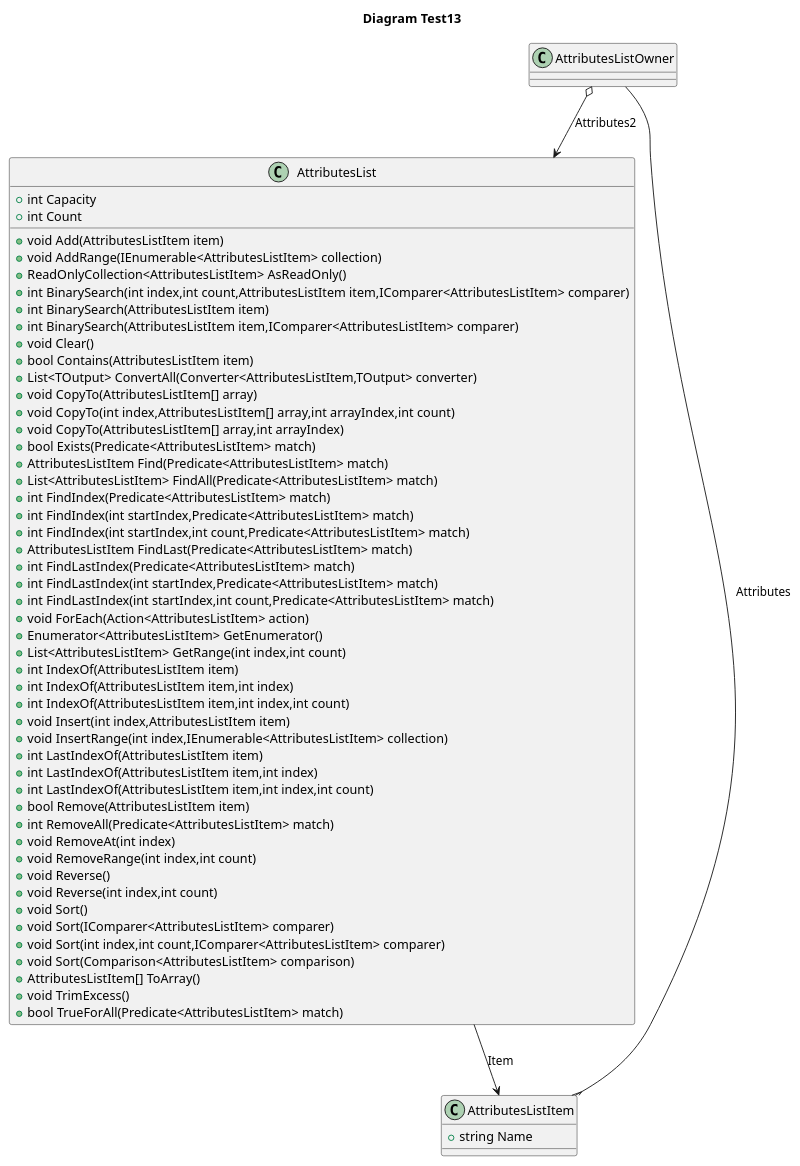
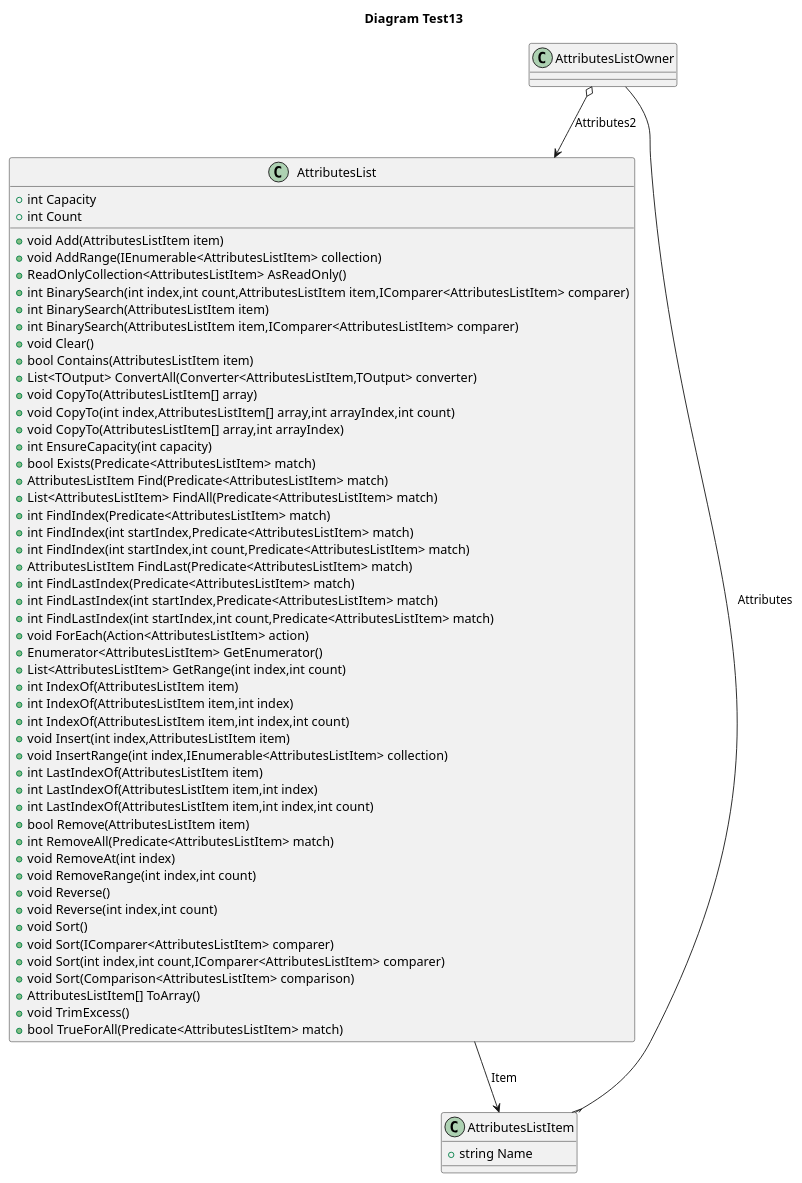
Before and after one commit to isukces/AutoUml: the diagram in docs/testsResults/T13_Should_do_not_convert_collections.puml, drawn with PlantUML. The commit also changed 6 other files, not shown here.

```diff
--- a/docs/testsResults/T13_Should_do_not_convert_collections.puml
+++ b/docs/testsResults/T13_Should_do_not_convert_collections.puml
@@ -1,68 +1,69 @@
 @startuml
 title
  Diagram Test13
 end title
 
 class AttributesListOwner
 {
 }
 class AttributesList
 {
     +int Capacity
     +int Count
     +void Add(AttributesListItem item)
     +void AddRange(IEnumerable<AttributesListItem> collection)
     +ReadOnlyCollection<AttributesListItem> AsReadOnly()
     +int BinarySearch(int index,int count,AttributesListItem item,IComparer<AttributesListItem> comparer)
     +int BinarySearch(AttributesListItem item)
     +int BinarySearch(AttributesListItem item,IComparer<AttributesListItem> comparer)
     +void Clear()
     +bool Contains(AttributesListItem item)
     +List<TOutput> ConvertAll(Converter<AttributesListItem,TOutput> converter)
     +void CopyTo(AttributesListItem[] array)
     +void CopyTo(int index,AttributesListItem[] array,int arrayIndex,int count)
     +void CopyTo(AttributesListItem[] array,int arrayIndex)
+    +int EnsureCapacity(int capacity)
     +bool Exists(Predicate<AttributesListItem> match)
     +AttributesListItem Find(Predicate<AttributesListItem> match)
     +List<AttributesListItem> FindAll(Predicate<AttributesListItem> match)
     +int FindIndex(Predicate<AttributesListItem> match)
     +int FindIndex(int startIndex,Predicate<AttributesListItem> match)
     +int FindIndex(int startIndex,int count,Predicate<AttributesListItem> match)
     +AttributesListItem FindLast(Predicate<AttributesListItem> match)
     +int FindLastIndex(Predicate<AttributesListItem> match)
     +int FindLastIndex(int startIndex,Predicate<AttributesListItem> match)
     +int FindLastIndex(int startIndex,int count,Predicate<AttributesListItem> match)
     +void ForEach(Action<AttributesListItem> action)
     +Enumerator<AttributesListItem> GetEnumerator()
     +List<AttributesListItem> GetRange(int index,int count)
     +int IndexOf(AttributesListItem item)
     +int IndexOf(AttributesListItem item,int index)
     +int IndexOf(AttributesListItem item,int index,int count)
     +void Insert(int index,AttributesListItem item)
     +void InsertRange(int index,IEnumerable<AttributesListItem> collection)
     +int LastIndexOf(AttributesListItem item)
     +int LastIndexOf(AttributesListItem item,int index)
     +int LastIndexOf(AttributesListItem item,int index,int count)
     +bool Remove(AttributesListItem item)
     +int RemoveAll(Predicate<AttributesListItem> match)
     +void RemoveAt(int index)
     +void RemoveRange(int index,int count)
     +void Reverse()
     +void Reverse(int index,int count)
     +void Sort()
     +void Sort(IComparer<AttributesListItem> comparer)
     +void Sort(int index,int count,IComparer<AttributesListItem> comparer)
     +void Sort(Comparison<AttributesListItem> comparison)
     +AttributesListItem[] ToArray()
     +void TrimExcess()
     +bool TrueForAll(Predicate<AttributesListItem> match)
 }
 class AttributesListItem
 {
     +string Name
 }
 
 AttributesListOwner --{ AttributesListItem:Attributes
 AttributesListOwner o--> AttributesList:Attributes2
 AttributesList --> AttributesListItem:Item
 @enduml
```
